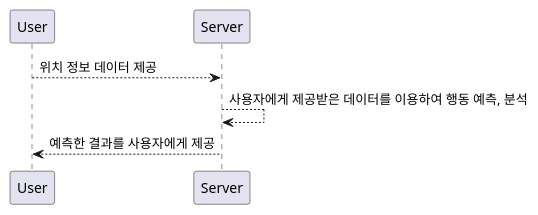
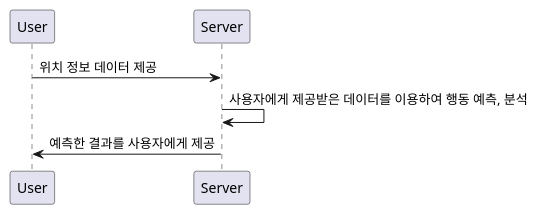
The diagram in README.md (BaekKM/mastering-git-web), drawn with PlantUML before and after one commit. The commit also changed other lines of this file, not shown here.

```diff
--- a/README.md
+++ b/README.md
@@ -18,5 +18,5 @@
-@startuml 
-User --> Server : 위치 정보 데이터 제공
-Server --> Server : 사용자에게 제공받은 데이터를 이용하여 행동 예측, 분석 
-Server --> User : 예측한 결과를 사용자에게 제공 
+@startuml
+User -> Server: 위치 정보 데이터 제공
+Server -> Server: 사용자에게 제공받은 데이터를 이용하여 행동 예측, 분석 
+Server -> User: 예측한 결과를 사용자에게 제공 
 @enduml
```
